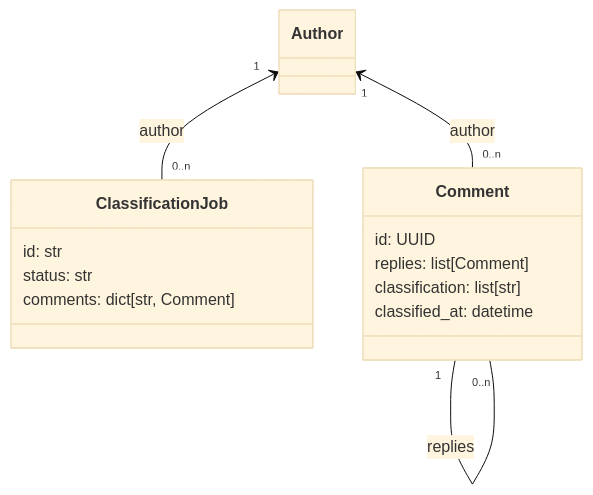
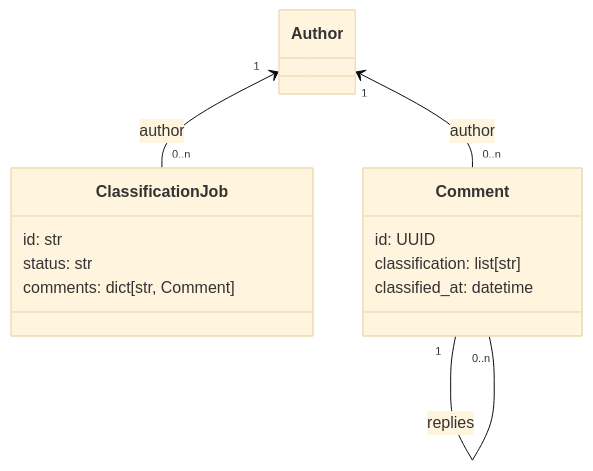
Before and after one commit to dataforgoodfr/14_BalanceTesHaters: the third of 3 diagrams in docs/backend/api.md, drawn with Mermaid (base theme). The commit also changed other lines of this file, not shown here.

````diff
--- a/docs/backend/api.md
+++ b/docs/backend/api.md
@@ -90,18 +90,17 @@
 ```mermaid
 classDiagram
     class ClassificationJob {
         id: str
         status: str
         comments: dict[str, Comment]
     }
     Author "1" <-- "0..n" ClassificationJob : author
 
     class Comment {
         id: UUID
-        replies: list[Comment]
         classification: list[str]
         classified_at: datetime
     }
     Author "1" <-- "0..n" Comment : author
     Comment "1" -- "0..n" Comment : replies
 ```
````
